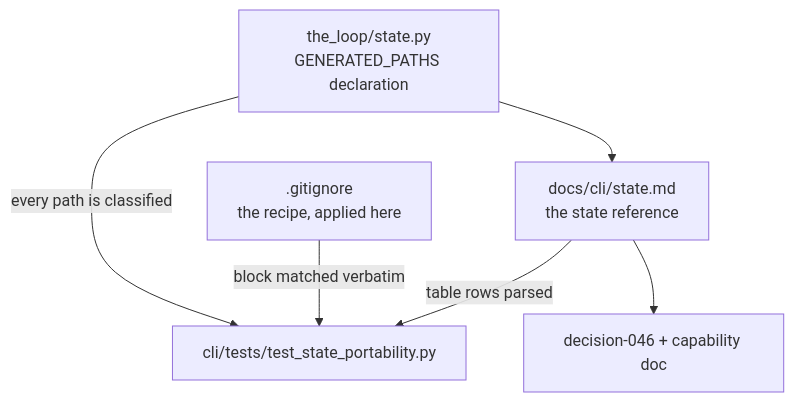
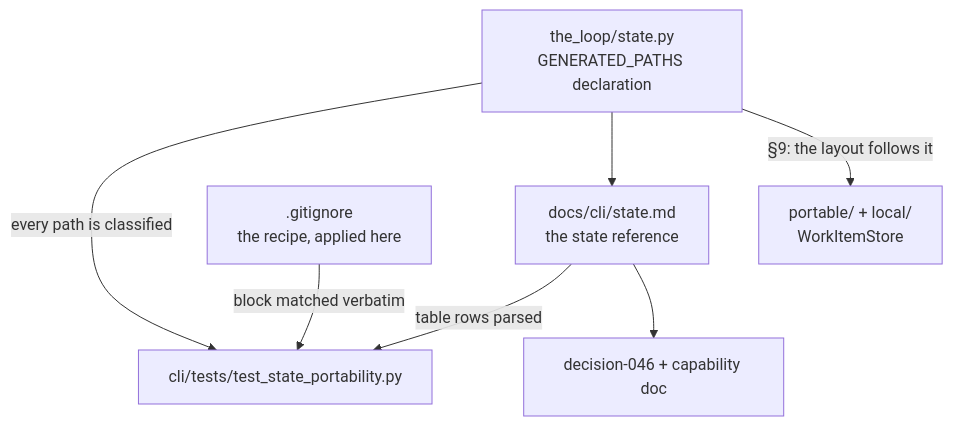
One commit to MadaraUchiha-314/the-loop changed the first of 2 diagrams in docs/specs/issue-128/design.md. Above: the diagram before and after it, drawn with Mermaid. The commit also changed other lines of this file and 38 other files, not shown here.

````diff
--- a/docs/specs/issue-128/design.md
+++ b/docs/specs/issue-128/design.md
@@ -19,14 +20,15 @@
 ```mermaid
 graph TD
   DECL["the_loop/state.py<br/>GENERATED_PATHS declaration"]
   DOCS["docs/cli/state.md<br/>the state reference"]
   GI[".gitignore<br/>the recipe, applied here"]
   TEST["cli/tests/test_state_portability.py"]
   DEC["decision-046 + capability doc"]
 
   DECL -->|"every path is classified"| TEST
   DOCS -->|"table rows parsed"| TEST
   GI -->|"block matched verbatim"| TEST
   DOCS --> DEC
   DECL --> DOCS
+  DECL -->|"§9: the layout follows it"| LAY["portable/ + local/<br/>WorkItemStore"]
 ```
````
